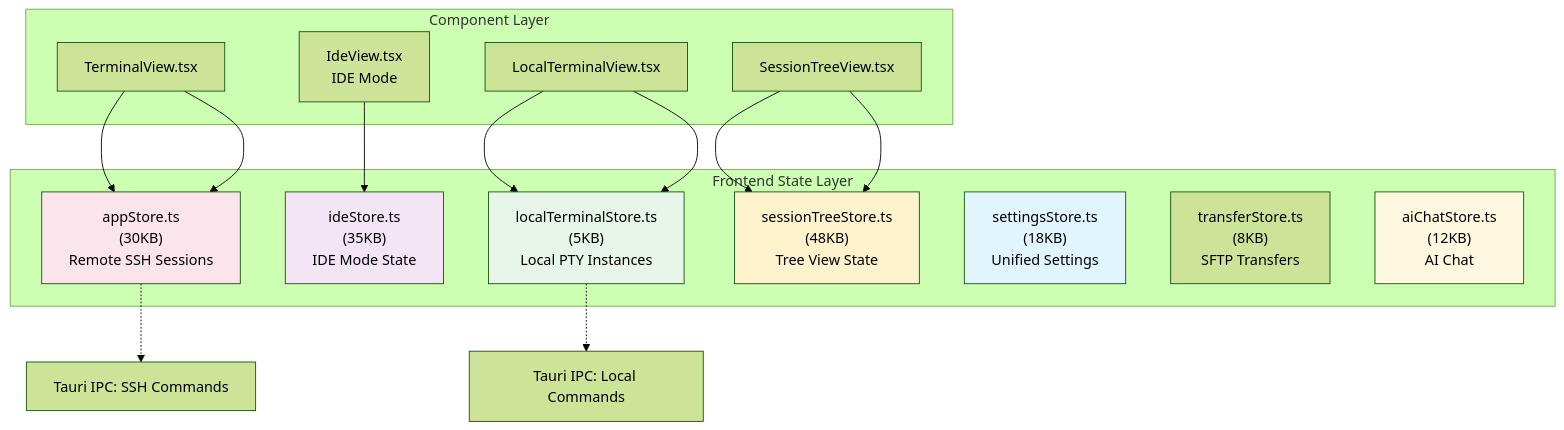
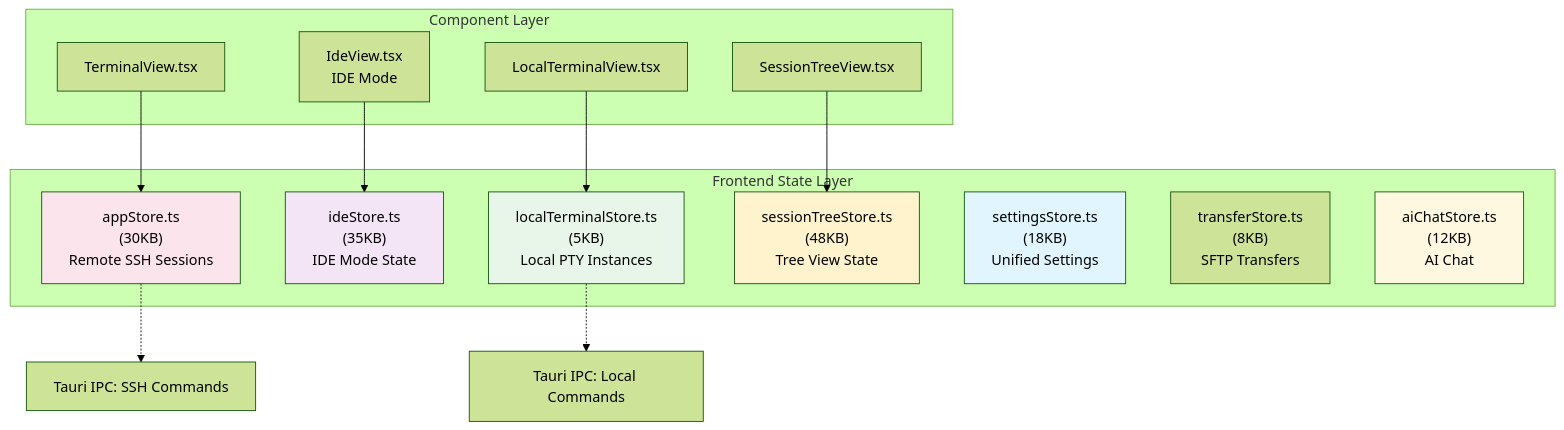
The eighth of 16 diagrams in docs/ARCHITECTURE.md (AnalyseDeCircuit/OxideTerm), drawn with Mermaid (forest theme) before and after one commit. The commit also changed other lines of this file and 4 other files, not shown here.

Commit message:
feat: Add IDE mode and AI chat components and stores, along with new terminal themes including Verdigris, Magnetite, Cobalt, and Ochre.

````diff
--- a/docs/ARCHITECTURE.md
+++ b/docs/ARCHITECTURE.md
@@ -1021,44 +1035,34 @@
 ```mermaid
 flowchart TB
     subgraph Frontend ["Frontend State Layer"]
         AppStore["appStore.ts<br/>(30KB)<br/>Remote SSH Sessions"]
         IdeStore["ideStore.ts<br/>(35KB)<br/>IDE Mode State"]
         LocalStore["localTerminalStore.ts<br/>(5KB)<br/>Local PTY Instances"]
         SessionTree["sessionTreeStore.ts<br/>(48KB)<br/>Tree View State"]
         Settings["settingsStore.ts<br/>(18KB)<br/>Unified Settings"]
         Transfer["transferStore.ts<br/>(8KB)<br/>SFTP Transfers"]
         AiChat["aiChatStore.ts<br/>(12KB)<br/>AI Chat"]
     end
 
     subgraph Components ["Component Layer"]
         TermView["TerminalView.tsx"]
         LocalView["LocalTerminalView.tsx"]
         IdeView["IdeView.tsx<br/>IDE Mode"]
         TreeUI["SessionTreeView.tsx"]
     end
 
     TermView --> AppStore
     LocalView --> LocalStore
     IdeView --> IdeStore
     TreeUI --> SessionTree
-    
-    subgraph Components ["Component Layer"]
-        TermView["TerminalView.tsx"]
-        LocalView["LocalTerminalView.tsx"]
-        TreeUI["SessionTreeView.tsx"]
-    end
-    
-    TermView --> AppStore
-    LocalView --> LocalStore
-    TreeUI --> SessionTree
-    
+
     AppStore -.-> Backend1["Tauri IPC: SSH Commands"]
     LocalStore -.-> Backend2["Tauri IPC: Local Commands"]
     
     style AppStore fill:#fce4ec
     style IdeStore fill:#f3e5f5
     style LocalStore fill:#e8f5e9
     style SessionTree fill:#fff3cd
     style Settings fill:#e1f5ff
     style AiChat fill:#fff8e1
 ```
````
